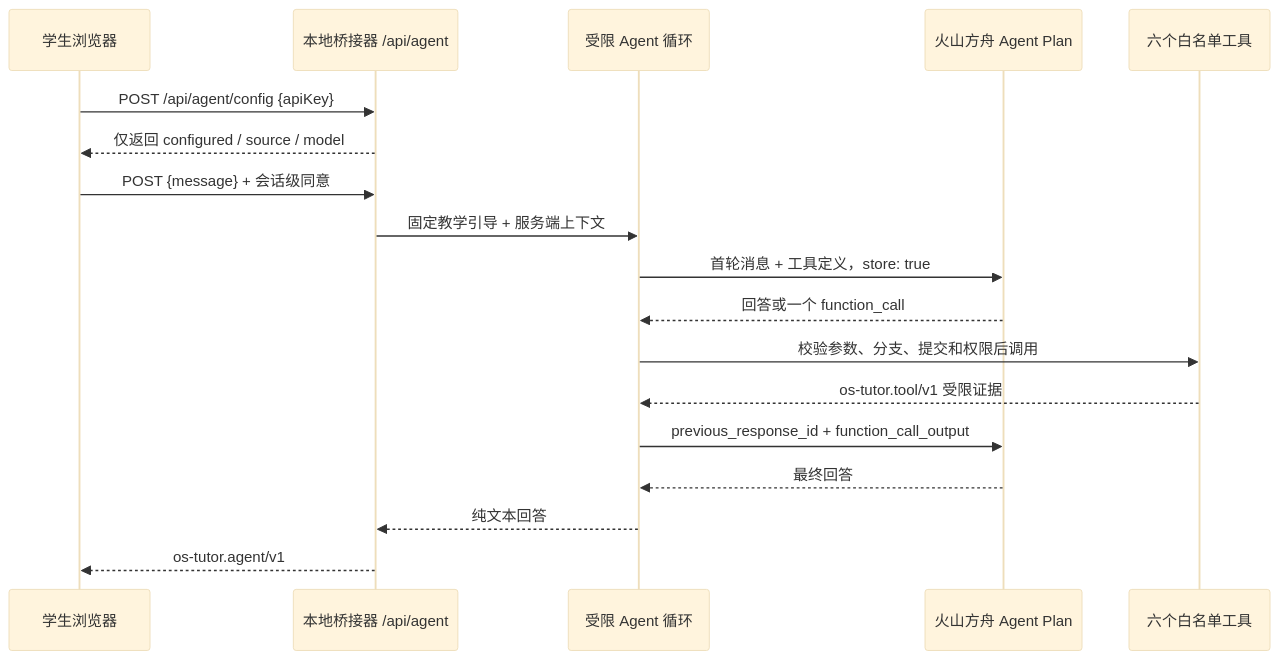
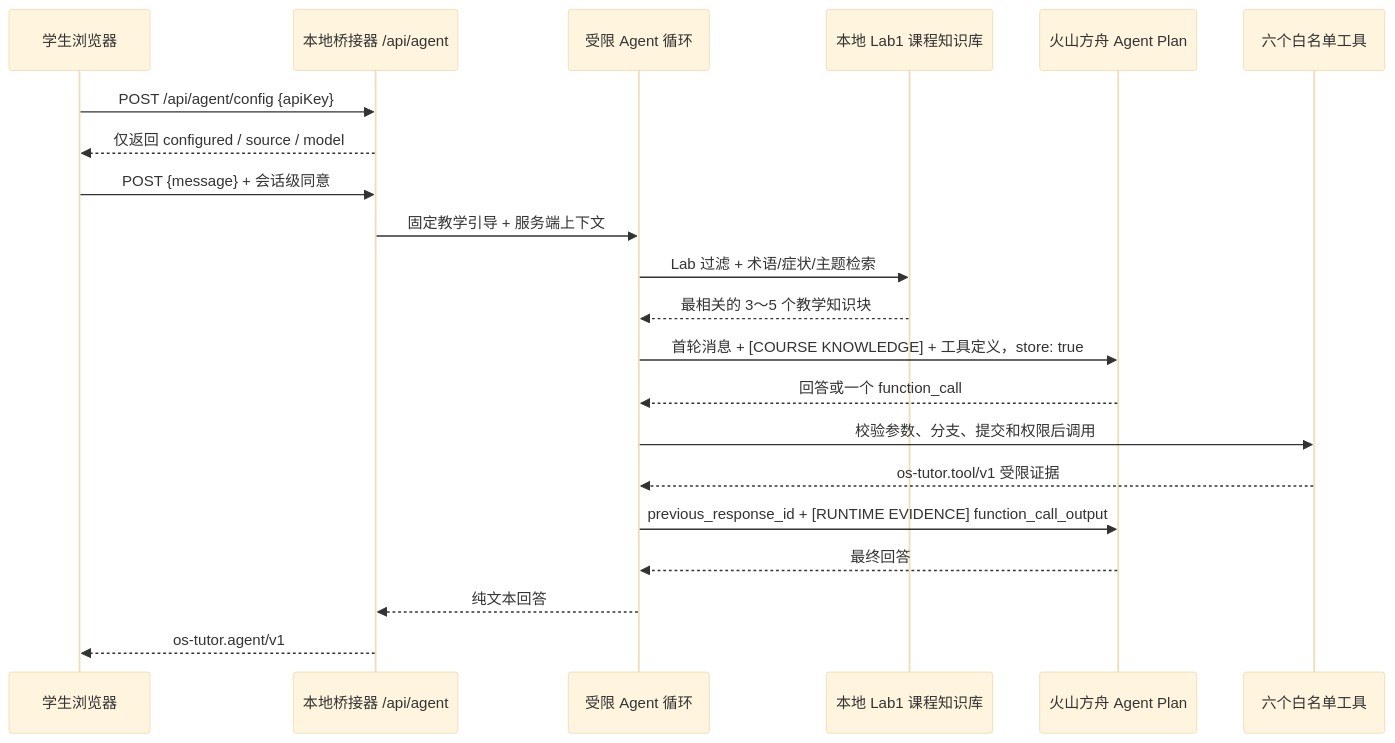
The diagram in docs/teaching-agent.md (yicanzhang776-tech/os), drawn with Mermaid (base theme) before and after one commit. The commit also changed other lines of this file and 13 other files, not shown here.

Commit message:
feat(agent): add Lab1 teaching knowledge MVP

````diff
--- a/docs/teaching-agent.md
+++ b/docs/teaching-agent.md
@@ -13,20 +13,23 @@
 ```mermaid
 sequenceDiagram
     participant S as 学生浏览器
     participant B as 本地桥接器 /api/agent
     participant L as 受限 Agent 循环
+    participant K as 本地 Lab1 课程知识库
     participant A as 火山方舟 Agent Plan
     participant T as 六个白名单工具
     S->>B: POST /api/agent/config {apiKey}
     B-->>S: 仅返回 configured / source / model
     S->>B: POST {message} + 会话级同意
     B->>L: 固定教学引导 + 服务端上下文
-    L->>A: 首轮消息 + 工具定义，store: true
+    L->>K: Lab 过滤 + 术语/症状/主题检索
+    K-->>L: 最相关的 3～5 个教学知识块
+    L->>A: 首轮消息 + [COURSE KNOWLEDGE] + 工具定义，store: true
     A-->>L: 回答或一个 function_call
     L->>T: 校验参数、分支、提交和权限后调用
     T-->>L: os-tutor.tool/v1 受限证据
-    L->>A: previous_response_id + function_call_output
+    L->>A: previous_response_id + [RUNTIME EVIDENCE] function_call_output
     A-->>L: 最终回答
     L-->>B: 纯文本回答
     B-->>S: os-tutor.agent/v1
 ```
````
